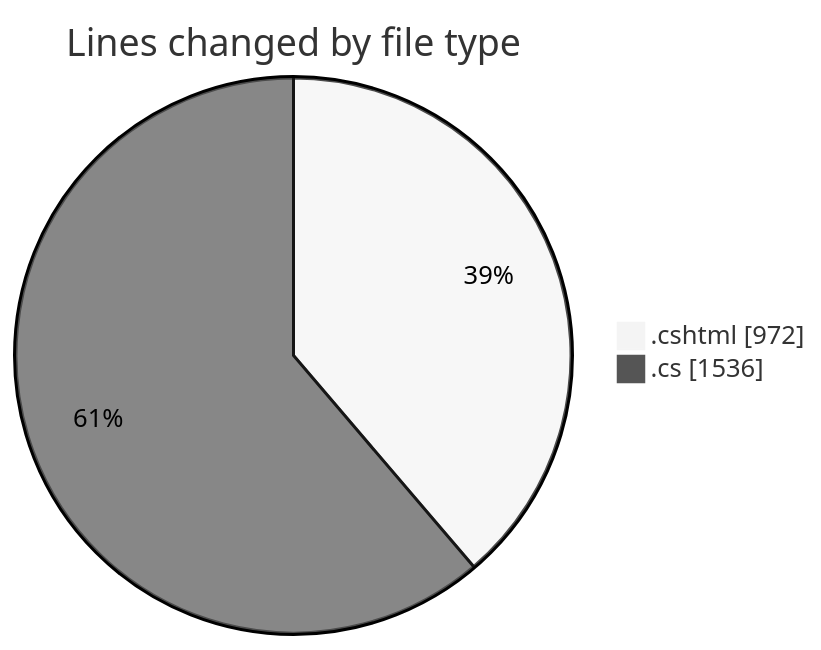
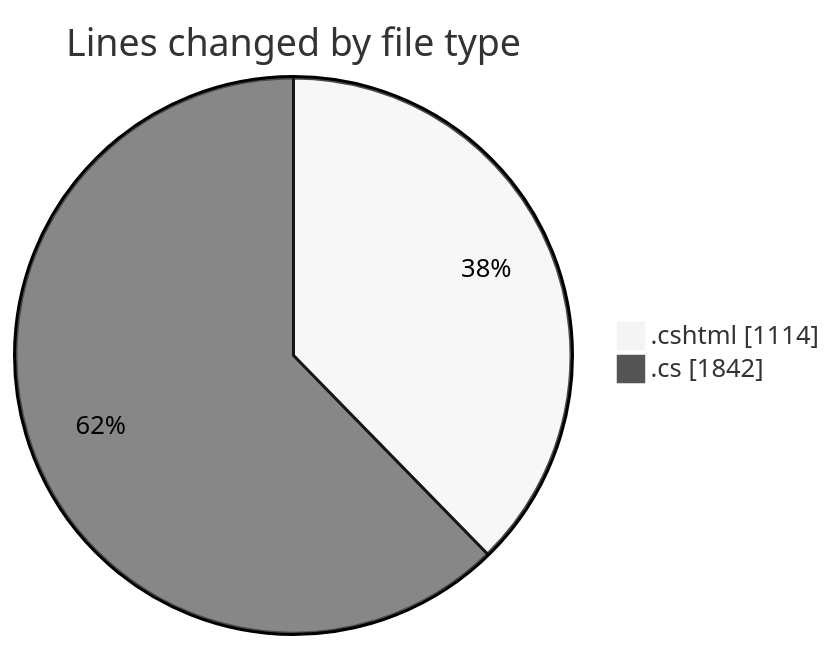
Before and after one commit to lephambinh05/code-tracking: the first of 2 diagrams in 2025-07-17/nhahang/README.md, drawn with Mermaid (neutral theme). The commit also changed other lines of this file and 1 other file, not shown here.

````diff
--- a/2025-07-17/nhahang/README.md
+++ b/2025-07-17/nhahang/README.md
@@ -49,6 +49,6 @@
 ```mermaid
 pie showData
 title Lines changed by file type
-".cshtml" : 972
-".cs" : 1536
+".cshtml" : 1114
+".cs" : 1842
 ```
````
